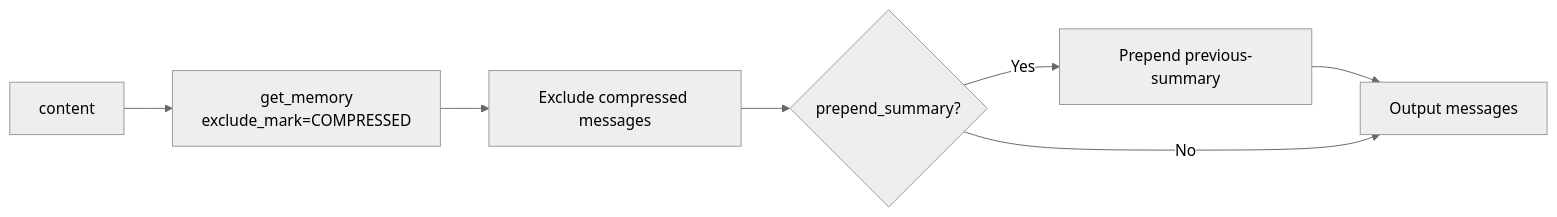
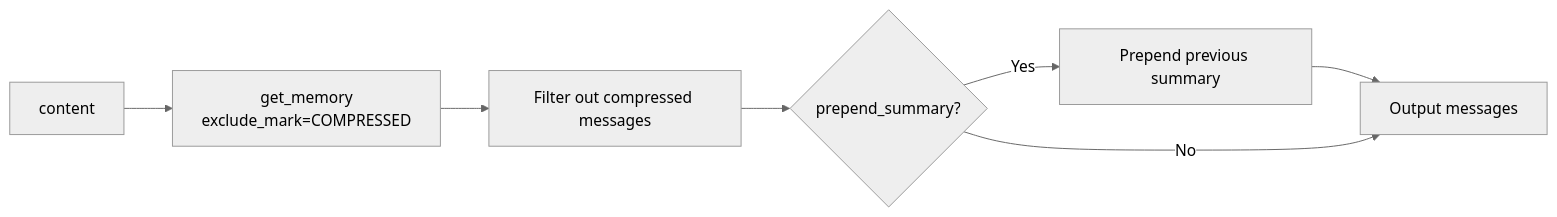
One commit to agentscope-ai/ReMe changed the seventh of 9 diagrams in README.md. Above: the diagram before and after it, drawn with Mermaid (neutral theme). The commit also changed other lines of this file and 1 other file, not shown here.

````diff
--- a/README.md
+++ b/README.md
@@ -315,9 +315,9 @@
 ```mermaid
 graph LR
     C[content] --> G[get_memory<br>exclude_mark=COMPRESSED]
-    G --> F[Exclude compressed messages]
+    G --> F[Filter out compressed messages]
     F --> P{prepend_summary?}
-    P -->|Yes| S[Prepend previous-summary]
+    P -->|Yes| S[Prepend previous summary]
     S --> O[Output messages]
     P -->|No| O
 ```
````
